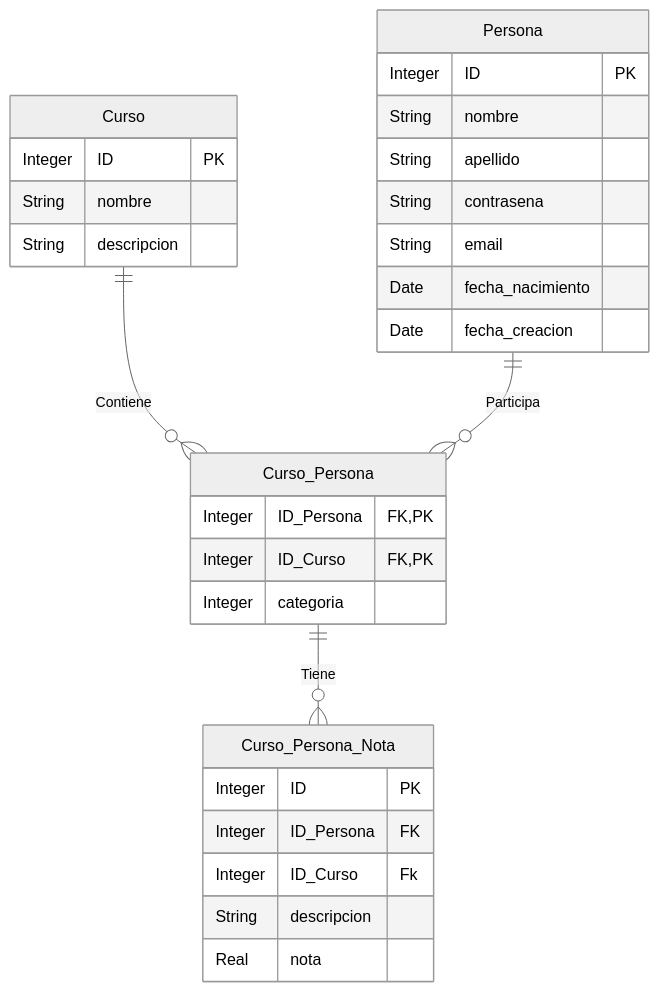
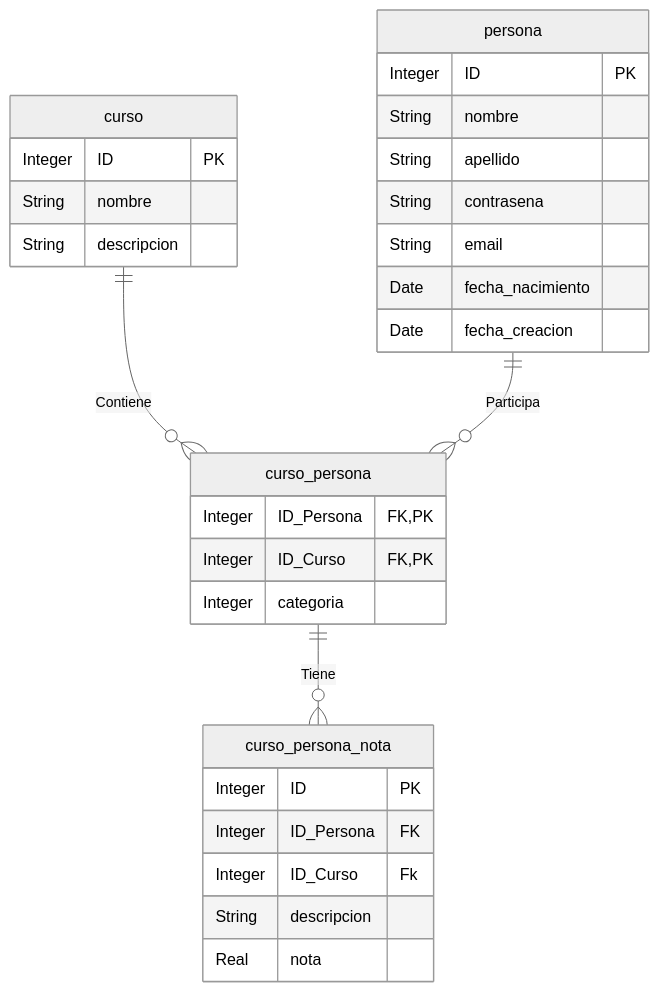
The second of 2 diagrams in README.md (laucha54321/tp-mysql-be), drawn with Mermaid (neutral theme) before and after one commit.

````diff
--- a/README.md
+++ b/README.md
@@ -43,32 +43,32 @@
 ```mermaid
 erDiagram
-    Curso ||--o{ Curso_Persona : Contiene
-    Persona ||--o{ Curso_Persona: Participa
-    Curso_Persona ||--o{ Curso_Persona_Nota: Tiene
-    Persona{
+    curso ||--o{ curso_persona : Contiene
+    persona ||--o{ curso_persona: Participa
+    curso_persona ||--o{ curso_persona_nota: Tiene
+    persona{
         Integer ID PK
         String nombre
         String apellido
         String contrasena
         String email
         Date fecha_nacimiento
         Date fecha_creacion
     }
-    Curso{
+    curso{
         Integer ID PK
         String nombre
         String descripcion
     }
-    Curso_Persona{
+    curso_persona{
         Integer ID_Persona FK,PK
         Integer ID_Curso FK,PK
         Integer categoria
     }
-    Curso_Persona_Nota{
+    curso_persona_nota{
         Integer ID PK
         Integer ID_Persona FK
         Integer ID_Curso Fk
         String descripcion
         Real nota    
     }
 ```
````
